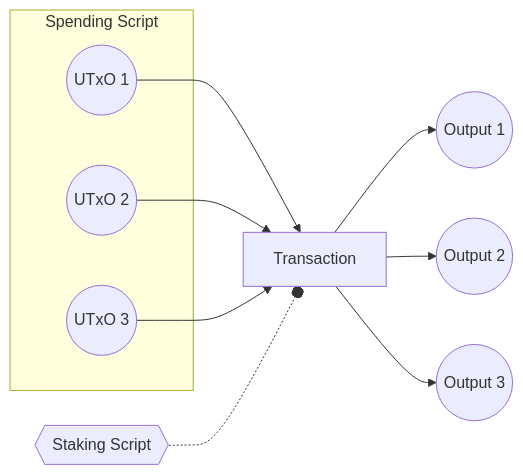
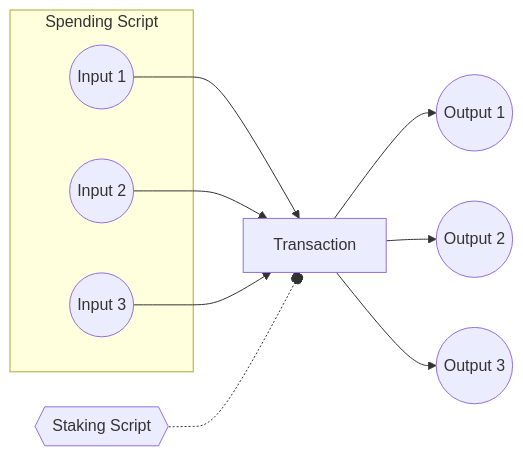
The fourth of 5 diagrams in STAKE-VALIDATOR.md (Anastasia-Labs/design-patterns), drawn with Mermaid before and after one commit. The commit also changed other lines of this file, not shown here.

````diff
--- a/STAKE-VALIDATOR.md
+++ b/STAKE-VALIDATOR.md
@@ -143,16 +161,16 @@
 ```mermaid
 graph LR
     TX[ Transaction ]
     subgraph Spending Script
-    S1((UTxO 1))
-    S2((UTxO 2))
-    S3((UTxO 3))
+    S1((Input 1))
+    S2((Input 2))
+    S3((Input 3))
     end
     S1 --> TX
     S2 --> TX
     S3 --> TX
     ST{{Staking Script}} -.-o TX
     TX --> A1((Output 1))
     TX --> A2((Output 2))
     TX --> A3((Output 3))
 ```
````
